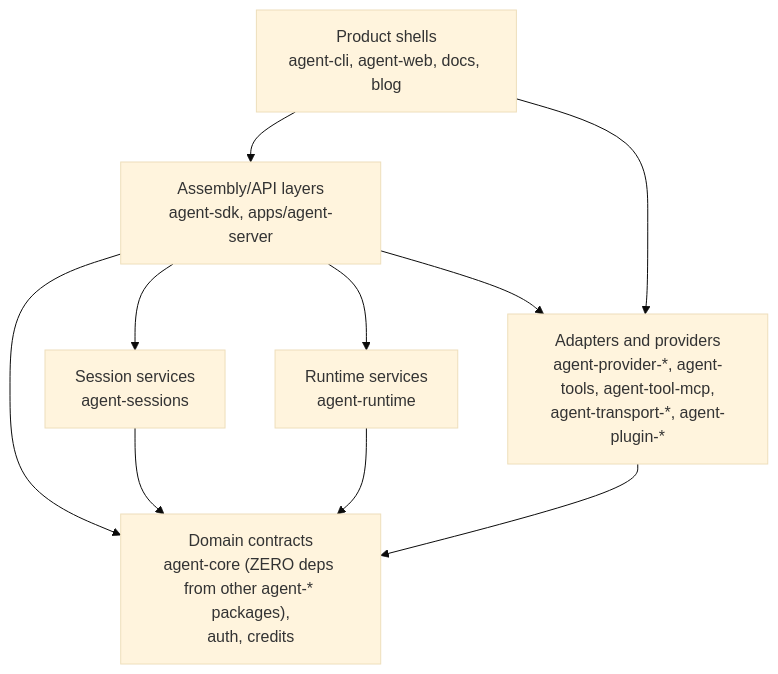
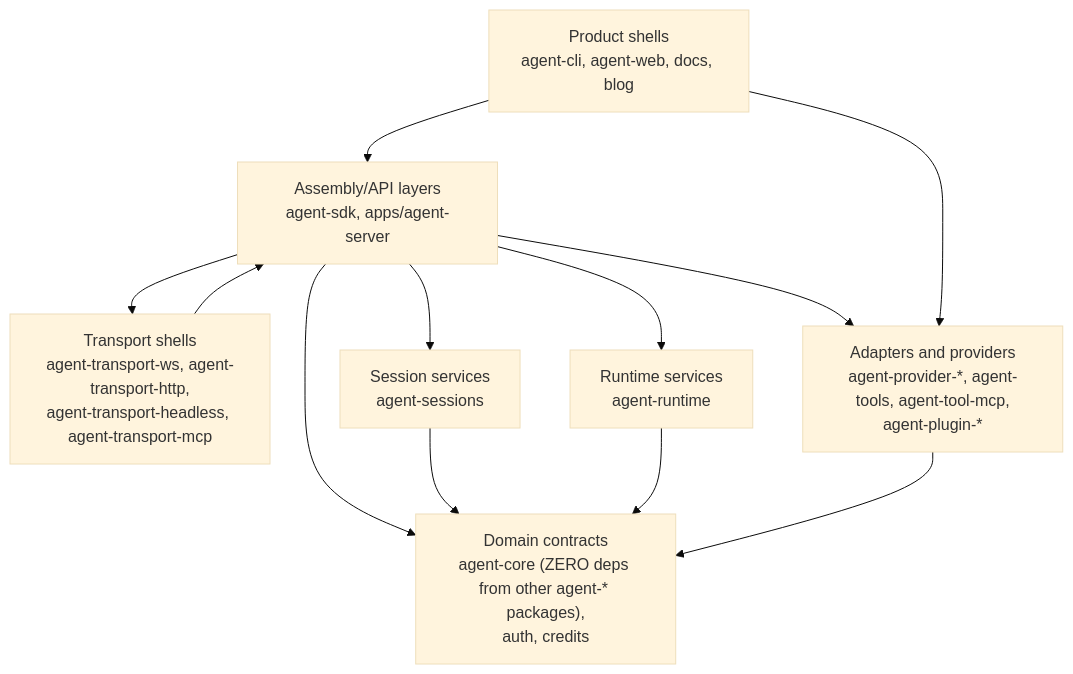
Before and after one commit to woojubb/robota: the diagram in .agents/specs/architecture-map/dependency-direction.md, drawn with Mermaid (base theme). The commit also changed other lines of this file and 20 other files, not shown here.

````diff
--- a/.agents/specs/architecture-map/dependency-direction.md
+++ b/.agents/specs/architecture-map/dependency-direction.md
@@ -9,19 +9,22 @@
 ```mermaid
 flowchart TD
   ProductShells["Product shells\nagent-cli, agent-web, docs, blog"]
   Assembly["Assembly/API layers\nagent-sdk, apps/agent-server"]
+  TransportShells["Transport shells\nagent-transport-ws, agent-transport-http,\nagent-transport-headless, agent-transport-mcp"]
   Sessions["Session services\nagent-sessions"]
   Runtime["Runtime services\nagent-runtime"]
   Domain["Domain contracts\nagent-core (ZERO deps from other agent-* packages),\nauth, credits"]
-  Adapters["Adapters and providers\nagent-provider-*, agent-tools, agent-tool-mcp,\nagent-transport-*, agent-plugin-*"]
+  Adapters["Adapters and providers\nagent-provider-*, agent-tools, agent-tool-mcp,\nagent-plugin-*"]
 
   ProductShells --> Assembly
   Assembly --> Sessions
   Assembly --> Runtime
   Assembly --> Domain
   Sessions --> Domain
   Runtime --> Domain
   Assembly --> Adapters
   ProductShells --> Adapters
   Adapters --> Domain
+  TransportShells --> Assembly
+  Assembly --> TransportShells
 ```
````
